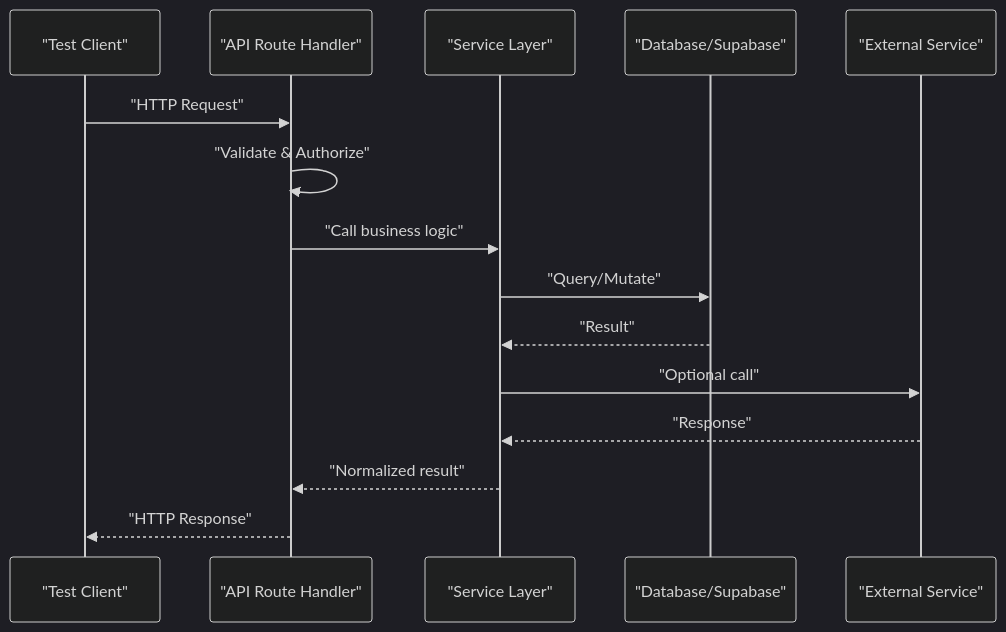
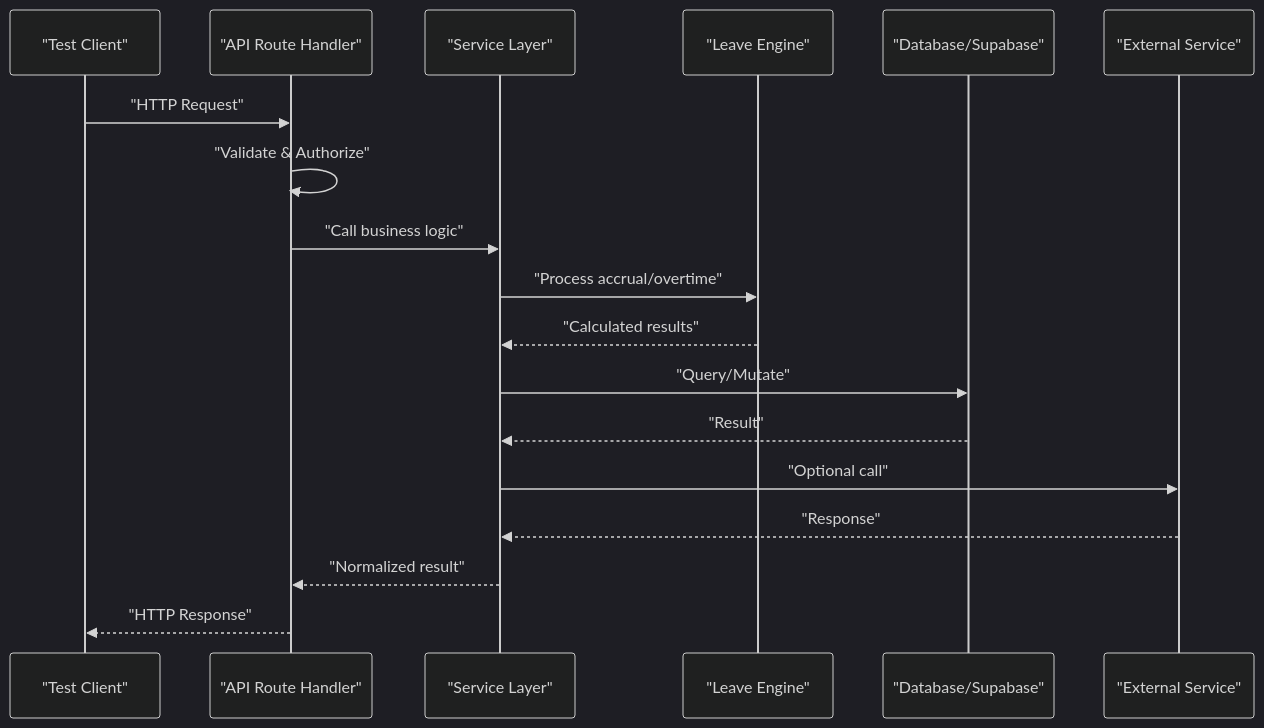
One commit to EdwinCycling/LiquidHR changed the fourth of 6 diagrams in .qoder/repowiki/en/content/Testing Guide/Testing Guide.md. Above: the diagram before and after it, drawn with Mermaid (dark theme). The commit also changed other lines of this file and 120 other files, not shown here.

````diff
--- a/.qoder/repowiki/en/content/Testing Guide/Testing Guide.md
+++ b/.qoder/repowiki/en/content/Testing Guide/Testing Guide.md
@@ -168,17 +189,20 @@
 ```mermaid
 sequenceDiagram
 participant Client as "Test Client"
 participant Route as "API Route Handler"
 participant Service as "Service Layer"
+participant LeaveEngine as "Leave Engine"
 participant DB as "Database/Supabase"
 participant Ext as "External Service"
 Client->>Route : "HTTP Request"
 Route->>Route : "Validate & Authorize"
 Route->>Service : "Call business logic"
+Service->>LeaveEngine : "Process accrual/overtime"
+LeaveEngine-->>Service : "Calculated results"
 Service->>DB : "Query/Mutate"
 DB-->>Service : "Result"
 Service->>Ext : "Optional call"
 Ext-->>Service : "Response"
 Service-->>Route : "Normalized result"
 Route-->>Client : "HTTP Response"
 ```
````
